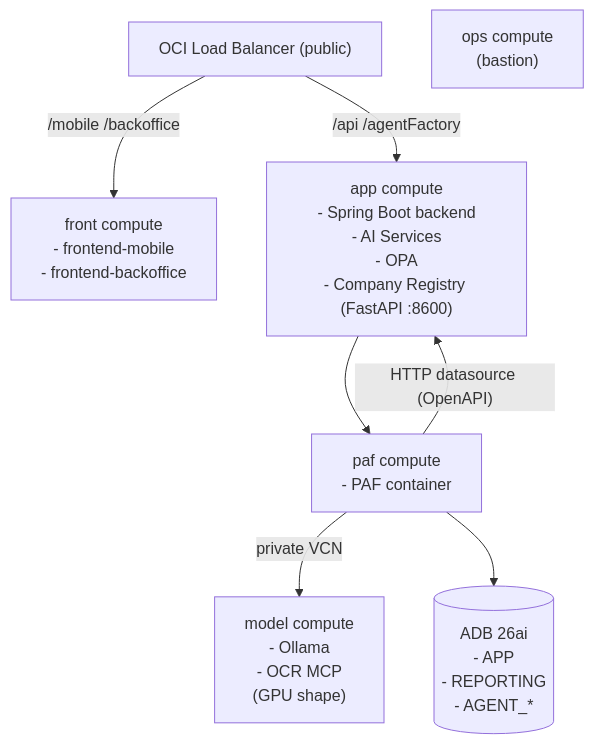
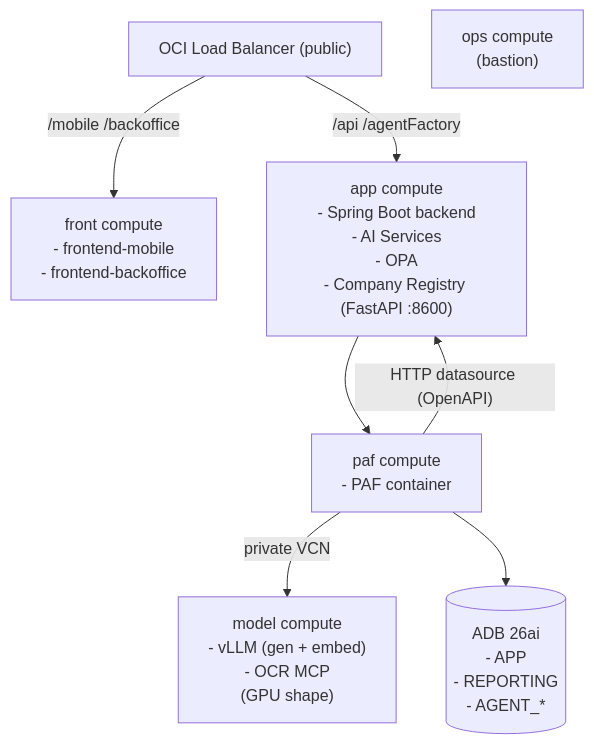
Before and after one commit to vmleon/oracle-database-private-agent-factory-poc: the second of 2 diagrams in docs/DEPLOYMENT.md, drawn with Mermaid. The commit also changed other lines of this file and 7 other files, not shown here.

````diff
--- a/docs/DEPLOYMENT.md
+++ b/docs/DEPLOYMENT.md
@@ -122,17 +122,17 @@
 ```mermaid
 flowchart TB
     lb["OCI Load Balancer (public)"]
     front["front compute<br/>- frontend-mobile<br/>- frontend-backoffice"]
     app["app compute<br/>- Spring Boot backend<br/>- AI Services<br/>- OPA<br/>- Company Registry (FastAPI :8600)"]
     paf["paf compute<br/>- PAF container"]
-    model["model compute<br/>- Ollama<br/>- OCR MCP<br/>(GPU shape)"]
+    model["model compute<br/>- vLLM (gen + embed)<br/>- OCR MCP<br/>(GPU shape)"]
     adb[("ADB 26ai<br/>- APP<br/>- REPORTING<br/>- AGENT_*")]
     ops["ops compute<br/>(bastion)"]
 
     lb -- "/mobile  /backoffice" --> front
     lb -- "/api  /agentFactory" --> app
     app --> paf
     paf -- "HTTP datasource (OpenAPI)" --> app
     paf -- "private VCN" --> model
     paf --> adb
 ```
````
